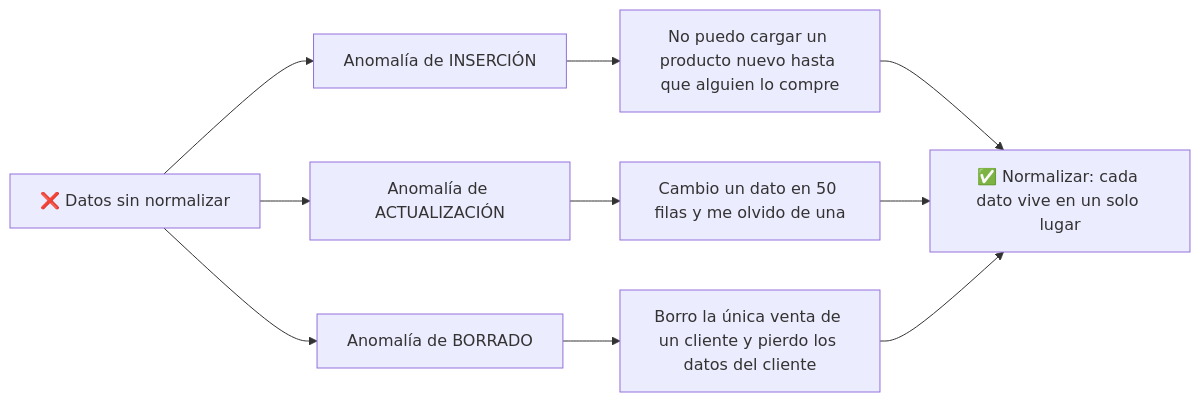
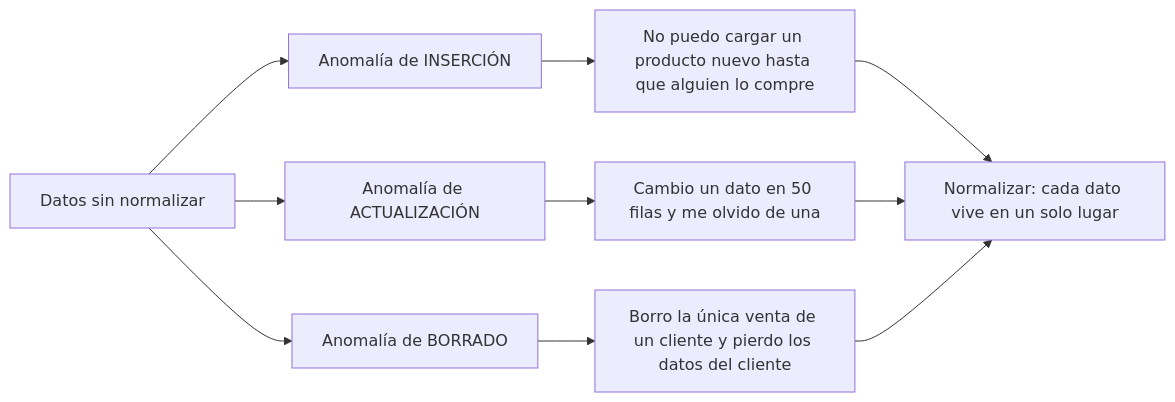
Before and after one commit to leanaraque/data_analytics_2026: the seventh of 18 diagrams in documentacion/Semana-02-Esquemas-Conceptos.md, drawn with Mermaid. The commit also changed other lines of this file and 109 other files, not shown here.

````diff
--- a/documentacion/Semana-02-Esquemas-Conceptos.md
+++ b/documentacion/Semana-02-Esquemas-Conceptos.md
@@ -135,17 +135,17 @@
 ```mermaid
 flowchart LR
-    N["❌ Datos sin normalizar"]
+    N["Datos sin normalizar"]
 
     N --> I["Anomalía de INSERCIÓN"]
     I --> I1["No puedo cargar un producto nuevo hasta que alguien lo compre"]
 
     N --> U["Anomalía de ACTUALIZACIÓN"]
     U --> U1["Cambio un dato en 50 filas y me olvido de una"]
 
     N --> D["Anomalía de BORRADO"]
     D --> D1["Borro la única venta de un cliente y pierdo los datos del cliente"]
 
-    I1 --> S["✅ Normalizar: cada dato vive en un solo lugar"]
+    I1 --> S["Normalizar: cada dato vive en un solo lugar"]
     U1 --> S
     D1 --> S
 ```
````
